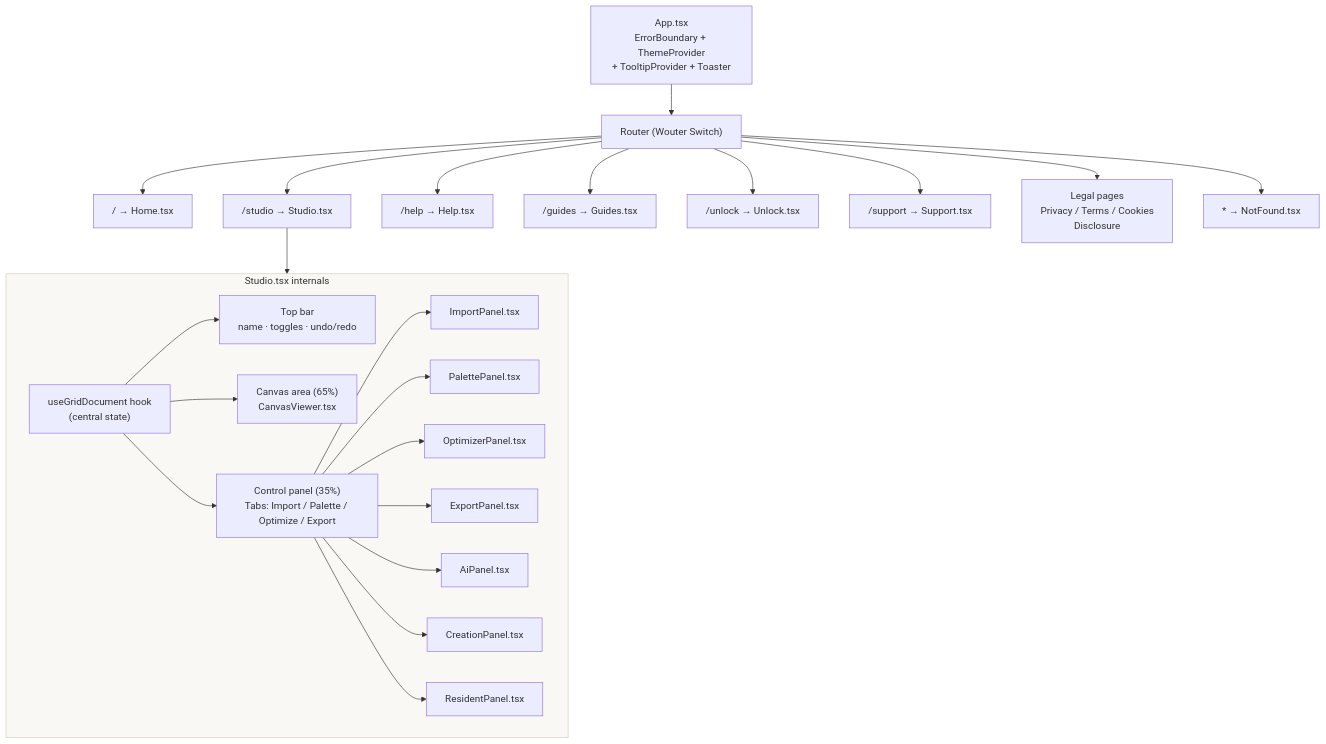
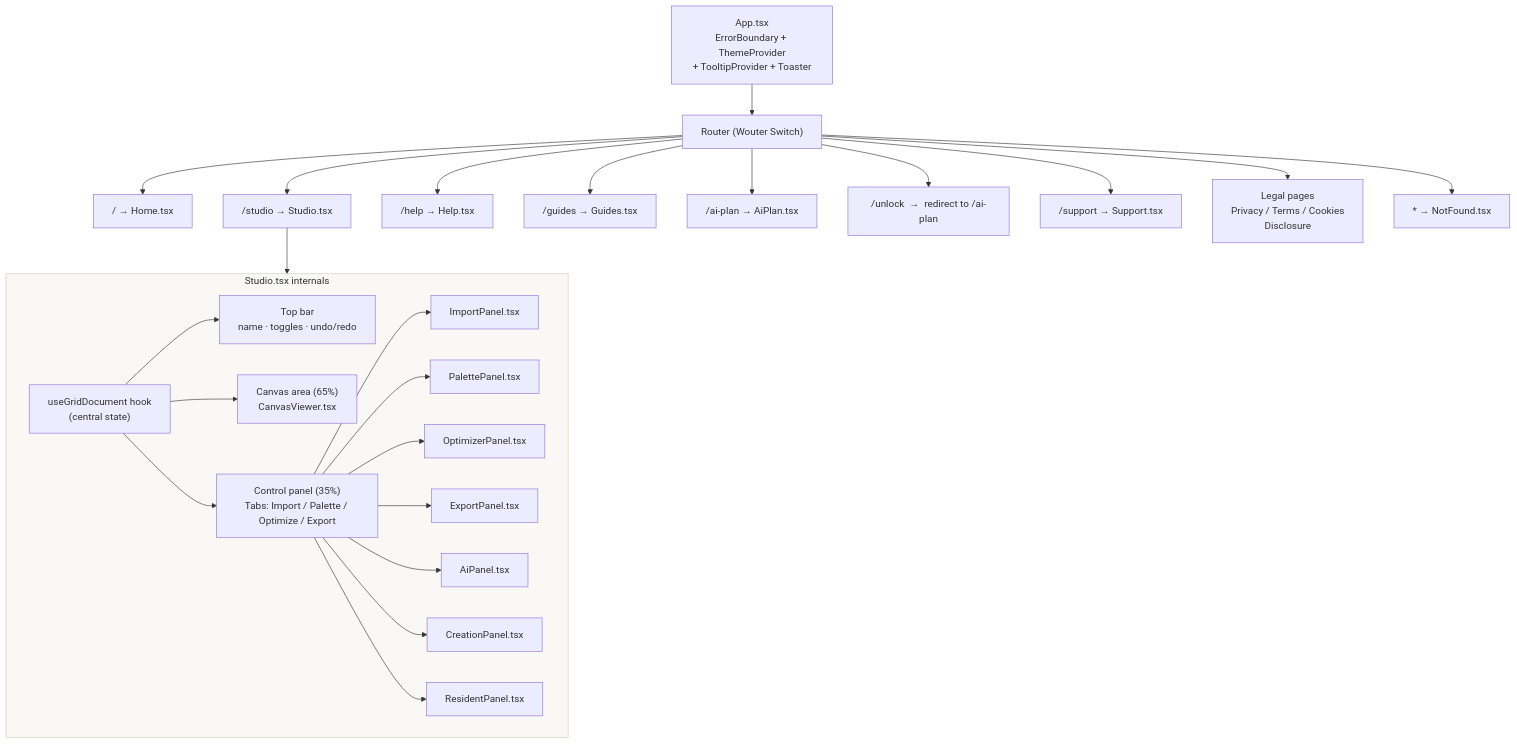
Before and after one commit to RazonIn4K/Mii-pixelart: the fourth of 13 diagrams in living-the-grid-studio/docs/architecture.md, drawn with Mermaid. The commit also changed other lines of this file and 380 other files, not shown here.

````diff
--- a/living-the-grid-studio/docs/architecture.md
+++ b/living-the-grid-studio/docs/architecture.md
@@ -209,54 +236,56 @@
 ```mermaid
 graph TD
     App["App.tsx<br/>ErrorBoundary + ThemeProvider<br/>+ TooltipProvider + Toaster"]
     Router["Router (Wouter Switch)"]
 
     Home["/  →  Home.tsx"]
     Studio["/studio  →  Studio.tsx"]
     Help["/help  →  Help.tsx"]
     Guides["/guides  →  Guides.tsx"]
-    Unlock["/unlock  →  Unlock.tsx"]
+    AiPlan["/ai-plan  →  AiPlan.tsx"]
+    Unlock["/unlock  →  redirect to /ai-plan"]
     Support["/support  →  Support.tsx"]
     Legal["Legal pages<br/>Privacy / Terms / Cookies<br/>Disclosure"]
     NotFound["* → NotFound.tsx"]
 
     App --> Router
     Router --> Home
     Router --> Studio
     Router --> Help
     Router --> Guides
+    Router --> AiPlan
     Router --> Unlock
     Router --> Support
     Router --> Legal
     Router --> NotFound
 
     subgraph StudioTree["Studio.tsx internals"]
         Hook["useGridDocument hook<br/>(central state)"]
         TopBar["Top bar<br/>name · toggles · undo/redo"]
         CanvasArea["Canvas area (65%)<br/>CanvasViewer.tsx"]
         SidePanel["Control panel (35%)<br/>Tabs: Import / Palette / Optimize / Export"]
 
         ImportPanel["ImportPanel.tsx"]
         PalettePanel["PalettePanel.tsx"]
         OptimizerPanel["OptimizerPanel.tsx"]
         ExportPanel["ExportPanel.tsx"]
         AiPanel["AiPanel.tsx"]
         CreationPanel["CreationPanel.tsx"]
         ResidentPanel["ResidentPanel.tsx"]
 
         Hook --> TopBar
         Hook --> CanvasArea
         Hook --> SidePanel
         SidePanel --> ImportPanel
         SidePanel --> PalettePanel
         SidePanel --> OptimizerPanel
         SidePanel --> ExportPanel
         SidePanel --> AiPanel
         SidePanel --> CreationPanel
         SidePanel --> ResidentPanel
     end
 
     Studio --> StudioTree
 
     style StudioTree fill:#faf8f5,stroke:#d4c9b8
 ```
````
